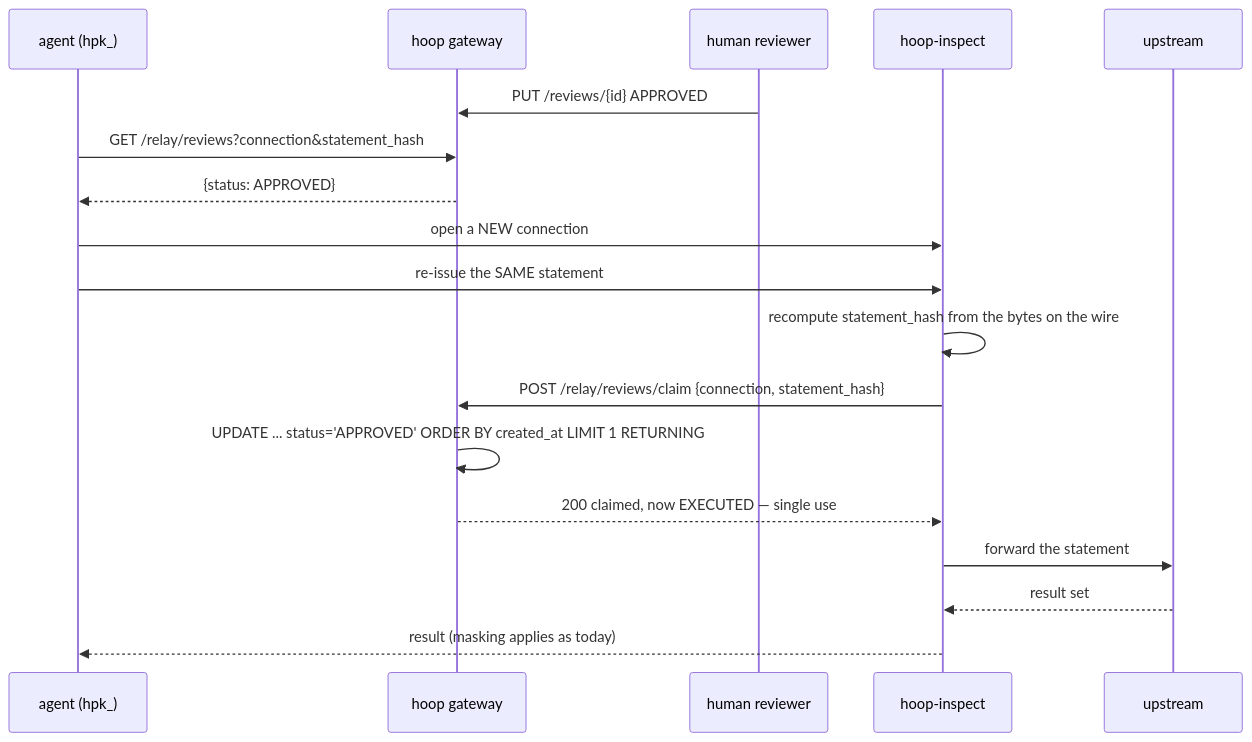
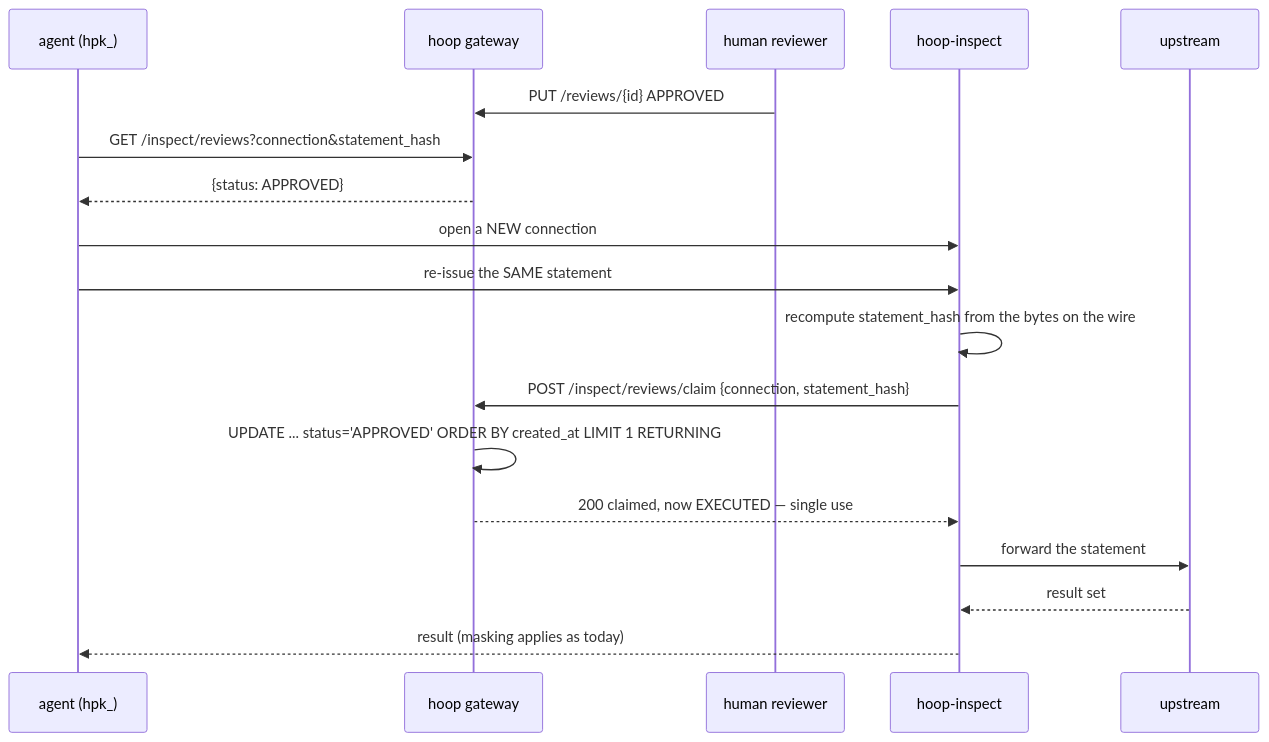
Before and after one commit to hoophq/hoop: the third of 3 diagrams in docs/adr/0005-hoopinspect-review-gate.md, drawn with Mermaid. The commit also changed other lines of this file and 21 other files, not shown here.

````diff
--- a/docs/adr/0005-hoopinspect-review-gate.md
+++ b/docs/adr/0005-hoopinspect-review-gate.md
@@ -241,21 +241,21 @@
 ```mermaid
 sequenceDiagram
     participant A as agent (hpk_)
     participant G as hoop gateway
     participant H as human reviewer
     participant I as hoop-inspect
     participant U as upstream
 
     H->>G: PUT /reviews/{id} APPROVED
-    A->>G: GET /relay/reviews?connection&statement_hash
+    A->>G: GET /inspect/reviews?connection&statement_hash
     G-->>A: {status: APPROVED}
     A->>I: open a NEW connection
     A->>I: re-issue the SAME statement
     I->>I: recompute statement_hash from the bytes on the wire
-    I->>G: POST /relay/reviews/claim {connection, statement_hash}
+    I->>G: POST /inspect/reviews/claim {connection, statement_hash}
     G->>G: UPDATE ... status='APPROVED' ORDER BY created_at LIMIT 1 RETURNING
     G-->>I: 200 claimed, now EXECUTED — single use
     I->>U: forward the statement
     U-->>I: result set
     I-->>A: result (masking applies as today)
 ```
````
